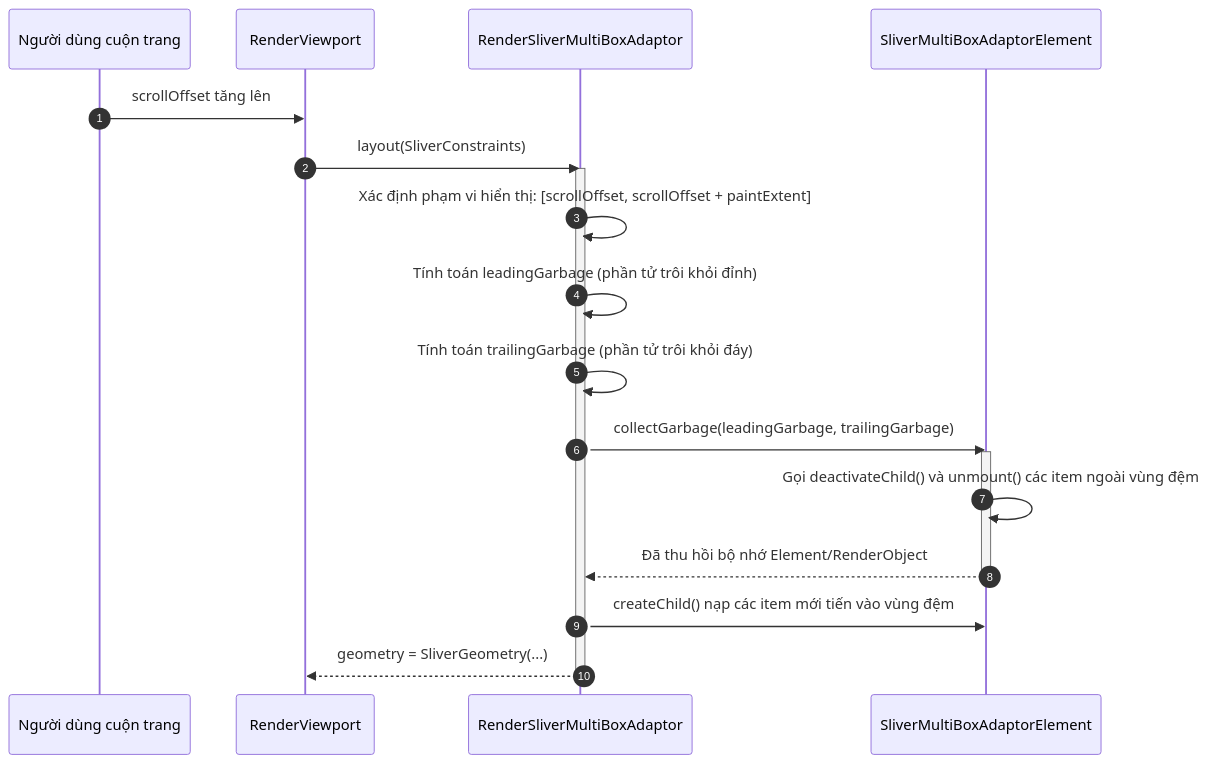
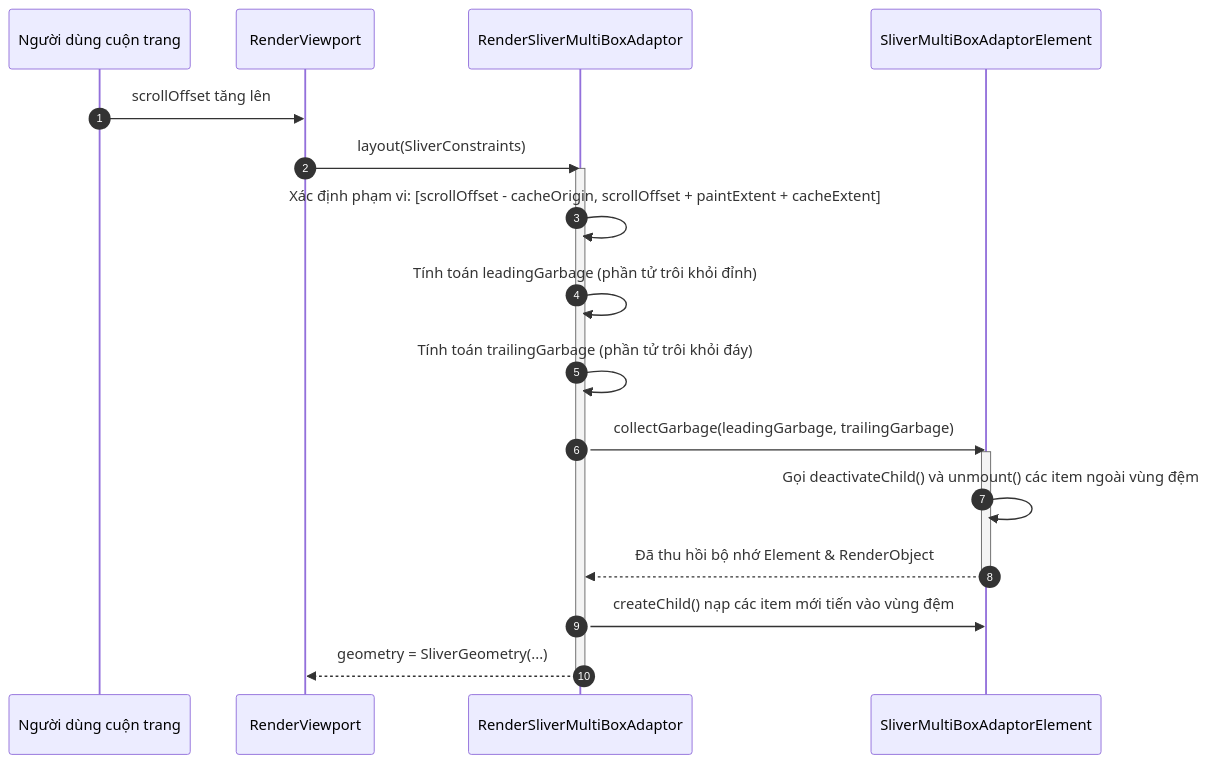
The diagram in flutter-fundamentals/04-layout-engine/05-scrollables-virtualization.md (tr4n/learn-flutter), drawn with Mermaid before and after one commit. The commit also changed other lines of this file and 20 other files, not shown here.

````diff
--- a/flutter-fundamentals/04-layout-engine/05-scrollables-virtualization.md
+++ b/flutter-fundamentals/04-layout-engine/05-scrollables-virtualization.md
@@ -110,23 +292,23 @@
 ```mermaid
 sequenceDiagram
     autonumber
     participant User as Người dùng cuộn trang
     participant VP as RenderViewport
     participant RS as RenderSliverMultiBoxAdaptor
     participant Element as SliverMultiBoxAdaptorElement
 
     User->>VP: scrollOffset tăng lên
     VP->>RS: layout(SliverConstraints)
     activate RS
-    RS->>RS: Xác định phạm vi hiển thị: [scrollOffset, scrollOffset + paintExtent]
+    RS->>RS: Xác định phạm vi: [scrollOffset - cacheOrigin, scrollOffset + paintExtent + cacheExtent]
     RS->>RS: Tính toán leadingGarbage (phần tử trôi khỏi đỉnh)
     RS->>RS: Tính toán trailingGarbage (phần tử trôi khỏi đáy)
     RS->>Element: collectGarbage(leadingGarbage, trailingGarbage)
     activate Element
     Element->>Element: Gọi deactivateChild() và unmount() các item ngoài vùng đệm
-    Element-->>RS: Đã thu hồi bộ nhớ Element/RenderObject
+    Element-->>RS: Đã thu hồi bộ nhớ Element & RenderObject
     deactivate Element
     RS->>Element: createChild() nạp các item mới tiến vào vùng đệm
     RS-->>VP: geometry = SliverGeometry(...)
     deactivate RS
 ```
````
